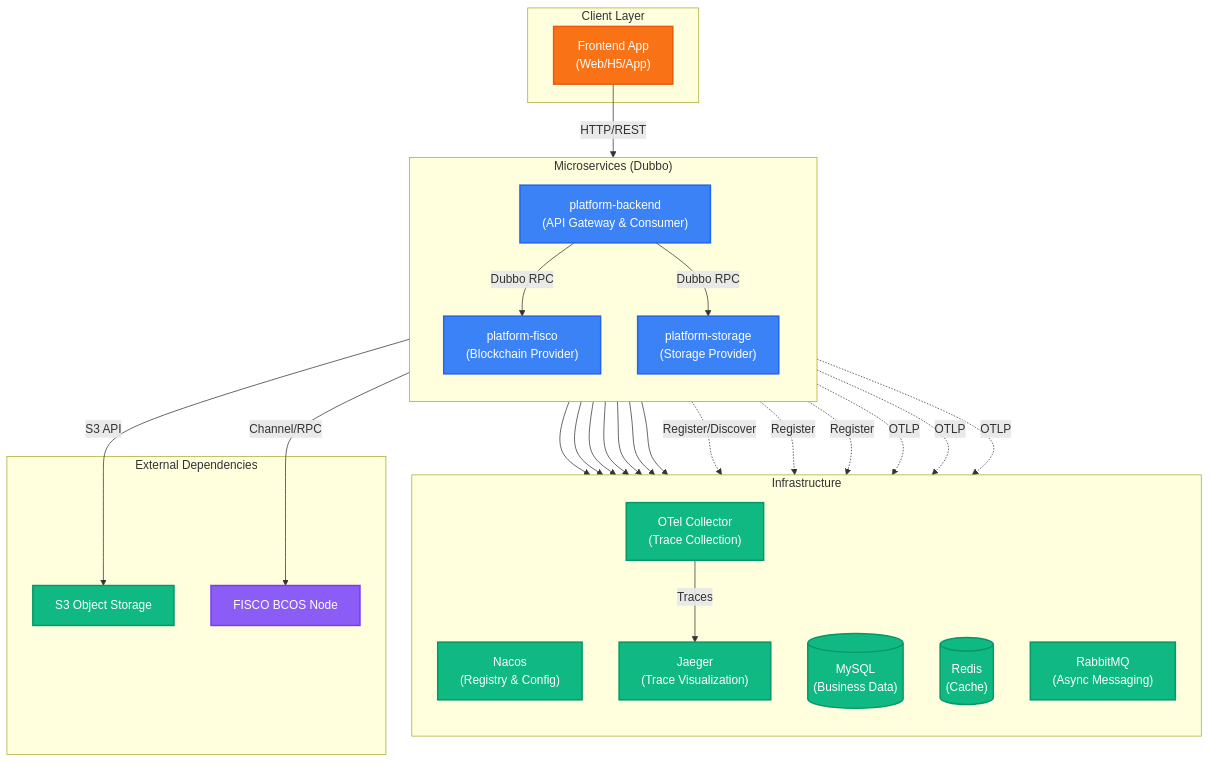
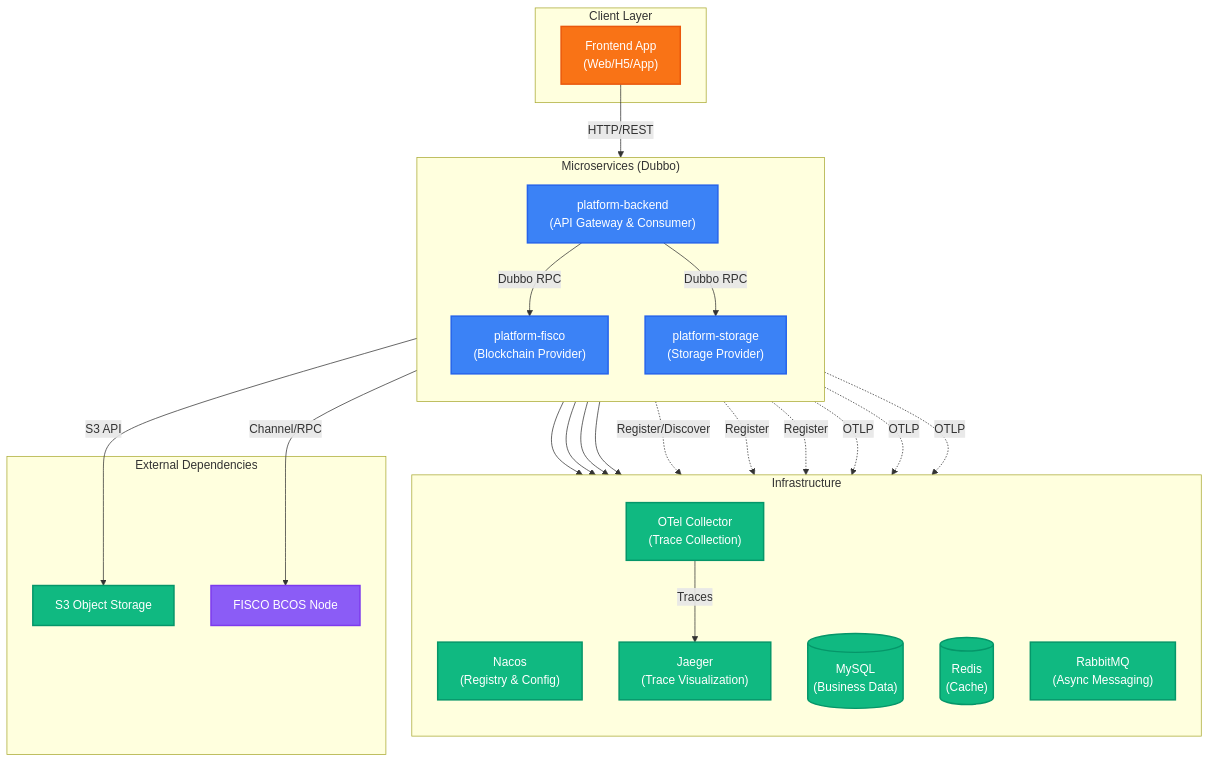
The first of 9 diagrams in docs/en/architecture/system-overview.md (SoarCollab/RecordPlatform), drawn with Mermaid before and after one commit. The commit also changed 37 other files, not shown here.

````diff
--- a/docs/en/architecture/system-overview.md
+++ b/docs/en/architecture/system-overview.md
@@ -5,60 +5,59 @@
 ```mermaid
 flowchart TB
     %% Style Definitions %%
     classDef service fill:#3b82f6,stroke:#2563eb,stroke-width:2px,color:#ffffff
     classDef infra fill:#10b981,stroke:#059669,stroke-width:2px,color:#ffffff
     classDef chain fill:#8b5cf6,stroke:#7c3aed,stroke-width:2px,color:#ffffff
     classDef client fill:#f97316,stroke:#ea580c,stroke-width:2px,color:#ffffff
 
     subgraph ClientLayer["Client Layer"]
         Frontend["Frontend App<br/>(Web/H5/App)"]:::client
     end
 
     subgraph ServiceLayer["Microservices (Dubbo)"]
         direction TB
         Backend["platform-backend<br/>(API Gateway & Consumer)"]:::service
         Fisco["platform-fisco<br/>(Blockchain Provider)"]:::service
         Storage["platform-storage<br/>(Storage Provider)"]:::service
     end
 
     subgraph InfraLayer["Infrastructure"]
         direction TB
         Nacos["Nacos<br/>(Registry & Config)"]:::infra
         MySQL[("MySQL<br/>(Business Data)")]:::infra
         Redis[("Redis<br/>(Cache)")]:::infra
         RabbitMQ["RabbitMQ<br/>(Async Messaging)"]:::infra
         OTel["OTel Collector<br/>(Trace Collection)"]:::infra
         Jaeger["Jaeger<br/>(Trace Visualization)"]:::infra
     end
 
     subgraph ExternalLayer["External Dependencies"]
         S3["S3 Object Storage"]:::infra
         BCOS["FISCO BCOS Node"]:::chain
     end
 
     %% Connections %%
     Frontend -->|HTTP/REST| Backend
 
     Backend -->|Dubbo RPC| Fisco
     Backend -->|Dubbo RPC| Storage
 
     %% Service to Infra %%
     Backend --> MySQL & Redis & RabbitMQ
-    Fisco --> MySQL & Redis
-    Storage --> MySQL & Redis
+    Fisco -->|Channel/RPC| BCOS
+    Storage --> Redis
 
     %% Service Registry %%
     Backend -.->|Register/Discover| Nacos
     Fisco -.->|Register| Nacos
     Storage -.->|Register| Nacos
 
     %% Service to External %%
-    Fisco -->|Channel/RPC| BCOS
     Storage -->|S3 API| S3
 
     %% Tracing %%
     Backend -.->|OTLP| OTel
     Fisco -.->|OTLP| OTel
     Storage -.->|OTLP| OTel
     OTel -->|Traces| Jaeger
 ```
````
